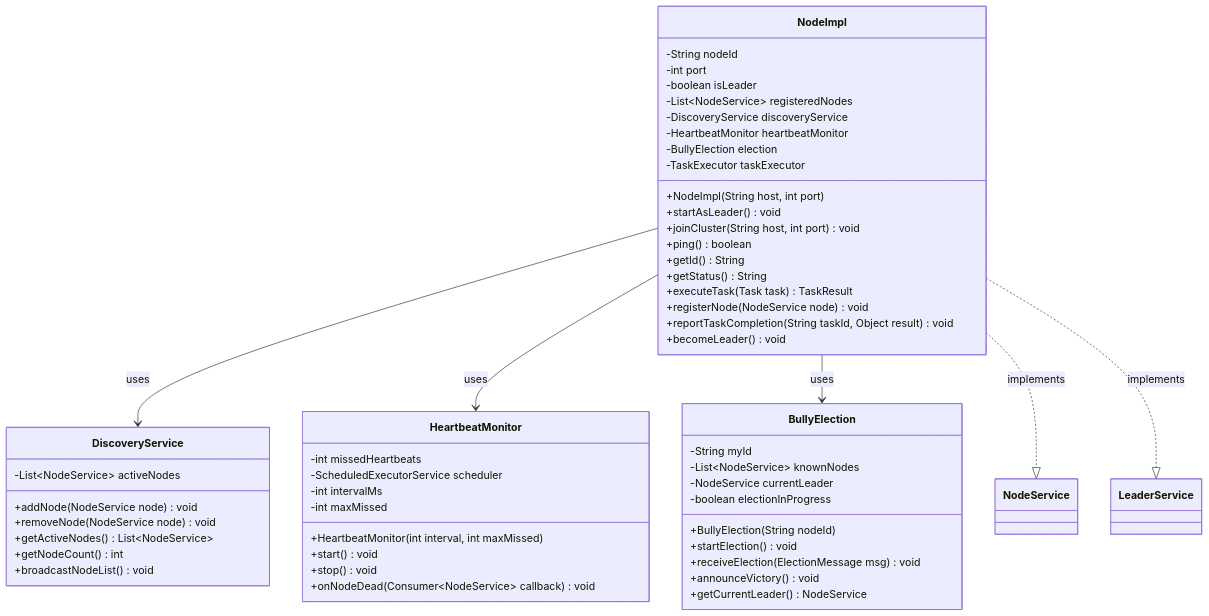
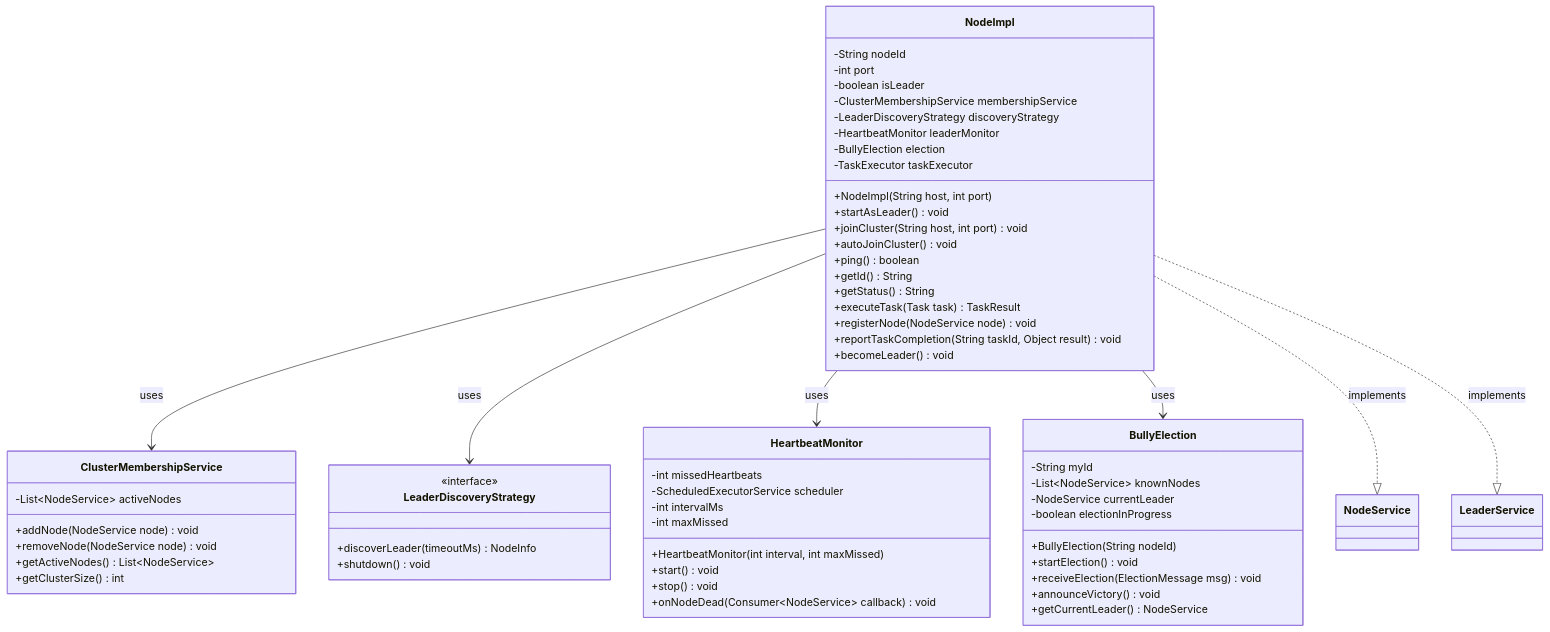
The first of 4 diagrams in docs/components/node.md (lucadileo9/hecaton), drawn with Mermaid before and after one commit. The commit also changed other lines of this file, not shown here.

````diff
--- a/docs/components/node.md
+++ b/docs/components/node.md
@@ -28,63 +28,70 @@
 ```mermaid
 classDiagram
     direction TB
     
     class NodeImpl {
         -String nodeId
         -int port
         -boolean isLeader
-        -List~NodeService~ registeredNodes
-        -DiscoveryService discoveryService
-        -HeartbeatMonitor heartbeatMonitor
+        -ClusterMembershipService membershipService
+        -LeaderDiscoveryStrategy discoveryStrategy
+        -HeartbeatMonitor leaderMonitor
         -BullyElection election
         -TaskExecutor taskExecutor
         +NodeImpl(String host, int port)
         +startAsLeader() void
         +joinCluster(String host, int port) void
+        +autoJoinCluster() void
         +ping() boolean
         +getId() String
         +getStatus() String
         +executeTask(Task task) TaskResult
         +registerNode(NodeService node) void
         +reportTaskCompletion(String taskId, Object result) void
         +becomeLeader() void
     }
     
-    class DiscoveryService {
+    class ClusterMembershipService {
         -List~NodeService~ activeNodes
         +addNode(NodeService node) void
         +removeNode(NodeService node) void
         +getActiveNodes() List~NodeService~
-        +getNodeCount() int
-        +broadcastNodeList() void
+        +getClusterSize() int
+    }
+    
+    class LeaderDiscoveryStrategy {
+        <<interface>>
+        +discoverLeader(timeoutMs) NodeInfo
+        +shutdown() void
     }
     
     class HeartbeatMonitor {
         -int missedHeartbeats
         -ScheduledExecutorService scheduler
         -int intervalMs
         -int maxMissed
         +HeartbeatMonitor(int interval, int maxMissed)
         +start() void
         +stop() void
         +onNodeDead(Consumer~NodeService~ callback) void
     }
     
     class BullyElection {
         -String myId
         -List~NodeService~ knownNodes
         -NodeService currentLeader
         -boolean electionInProgress
         +BullyElection(String nodeId)
         +startElection() void
         +receiveElection(ElectionMessage msg) void
         +announceVictory() void
         +getCurrentLeader() NodeService
     }
     
-    NodeImpl --> DiscoveryService : uses
+    NodeImpl --> ClusterMembershipService : uses
+    NodeImpl --> LeaderDiscoveryStrategy : uses
     NodeImpl --> HeartbeatMonitor : uses
     NodeImpl --> BullyElection : uses
     NodeImpl ..|> NodeService : implements
     NodeImpl ..|> LeaderService : implements
 ```
````
